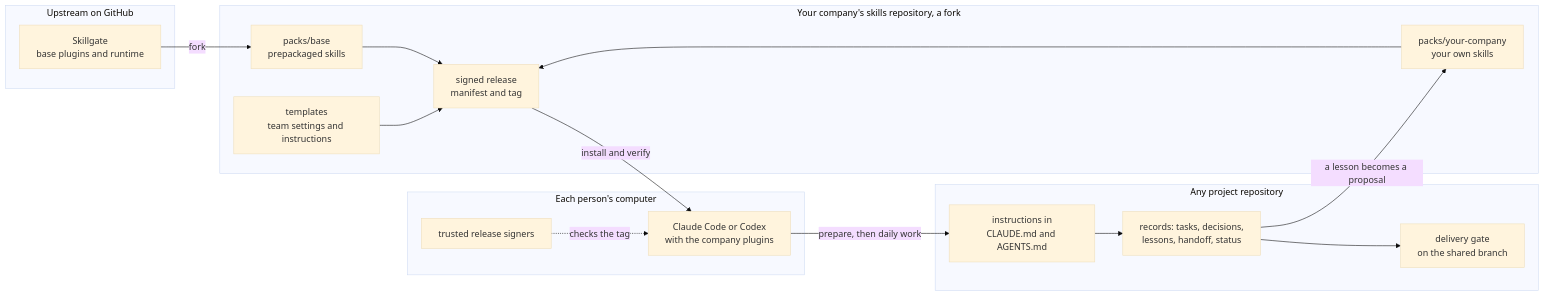
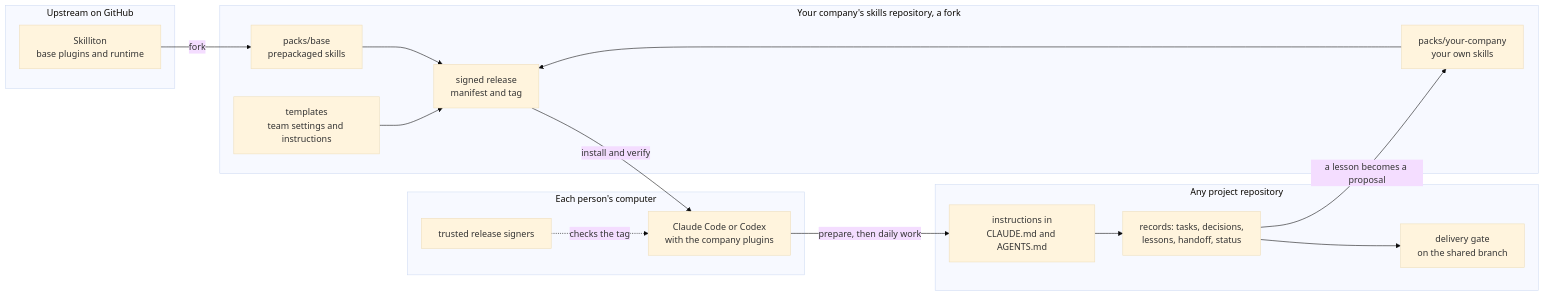
The first of 5 diagrams in docs/HOW-IT-WORKS.md (MojoAI-King/Skilliton), drawn with Mermaid (base theme) before and after one commit. The commit also changed other lines of this file and 55 other files, not shown here.

````diff
--- a/docs/HOW-IT-WORKS.md
+++ b/docs/HOW-IT-WORKS.md
@@ -9,31 +9,31 @@
 ```mermaid
 flowchart LR
   subgraph UP["Upstream on GitHub"]
-    U["Skillgate<br/>base plugins and runtime"]
+    U["Skilliton<br/>base plugins and runtime"]
   end
   subgraph CO["Your company's skills repository, a fork"]
     B["packs/base<br/>prepackaged skills"]
     C["packs/your-company<br/>your own skills"]
     T["templates<br/>team settings and instructions"]
     RL["signed release<br/>manifest and tag"]
   end
   subgraph PC["Each person's computer"]
     CL["Claude Code or Codex<br/>with the company plugins"]
     TR["trusted release signers"]
   end
   subgraph PR["Any project repository"]
     INS["instructions in<br/>CLAUDE.md and AGENTS.md"]
     REC["records: tasks, decisions,<br/>lessons, handoff, status"]
     GATE["delivery gate<br/>on the shared branch"]
   end
   U -- "fork" --> B
   B --> RL
   C --> RL
   T --> RL
   RL -- "install and verify" --> CL
   TR -. "checks the tag" .-> CL
   CL -- "prepare, then daily work" --> INS
   INS --> REC
   REC -- "a lesson becomes a proposal" --> C
   REC --> GATE
 ```
````
